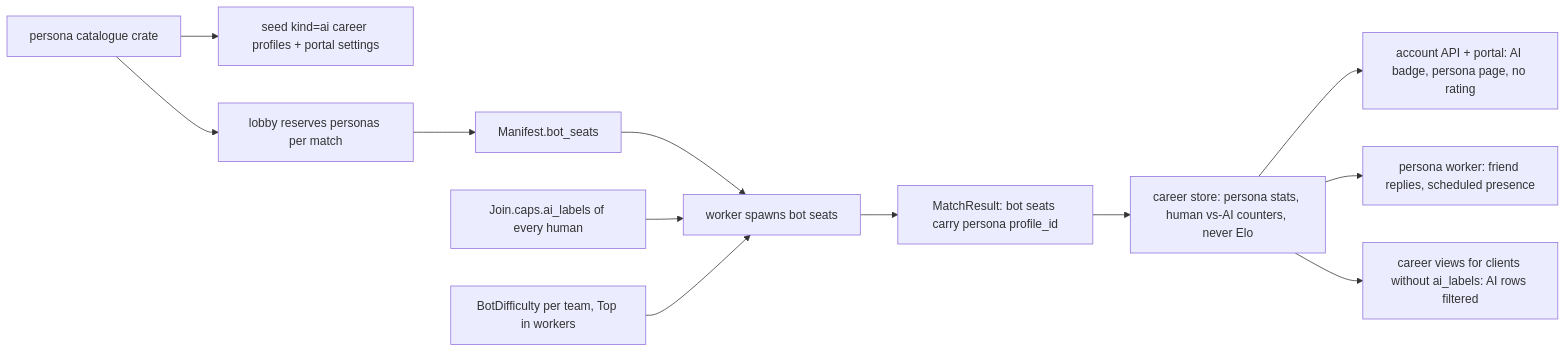
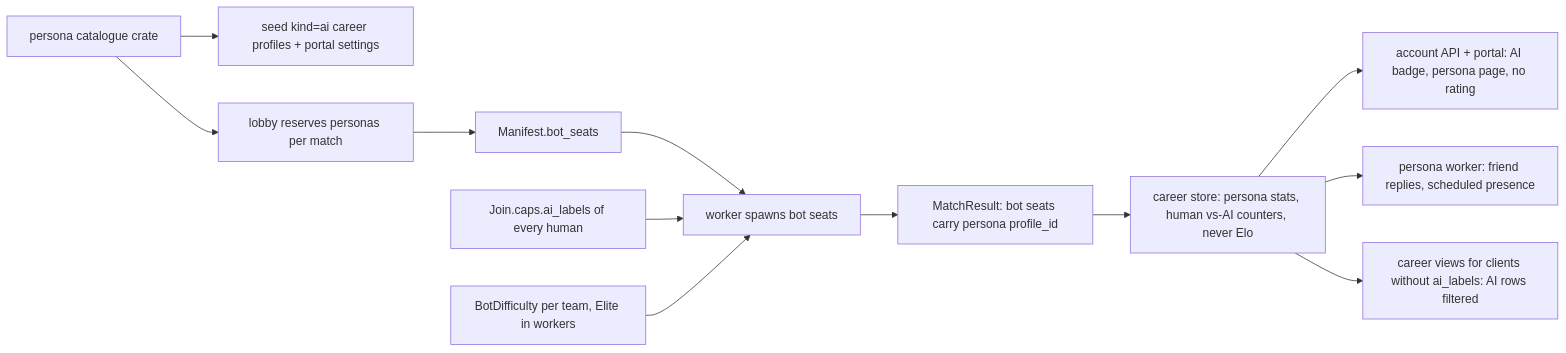
The diagram in docs/plans/bot-personas.md (o-moba/omoba-bevy), drawn with Mermaid before and after one commit. The commit also changed other lines of this file, not shown here.

First line of the commit message:
docs(plans): record bot-level defaults and S1 as built

````diff
--- a/docs/plans/bot-personas.md
+++ b/docs/plans/bot-personas.md
@@ -70,14 +78,14 @@
 ```mermaid
 flowchart LR
   Cat[persona catalogue crate] --> Seed[seed kind=ai career profiles + portal settings]
   Cat --> Lobby[lobby reserves personas per match]
   Lobby --> Man[Manifest.bot_seats]
   Man --> Worker[worker spawns bot seats]
   Caps[Join.caps.ai_labels of every human] --> Worker
-  Lvl[BotDifficulty per team, Top in workers] --> Worker
+  Lvl[BotDifficulty per team, Elite in workers] --> Worker
   Worker --> Res[MatchResult: bot seats carry persona profile_id]
   Res --> Store[career store: persona stats, human vs-AI counters, never Elo]
   Store --> Portal[account API + portal: AI badge, persona page, no rating]
   Store --> PW[persona worker: friend replies, scheduled presence]
   Store --> Old[career views for clients without ai_labels: AI rows filtered]
 ```
````
